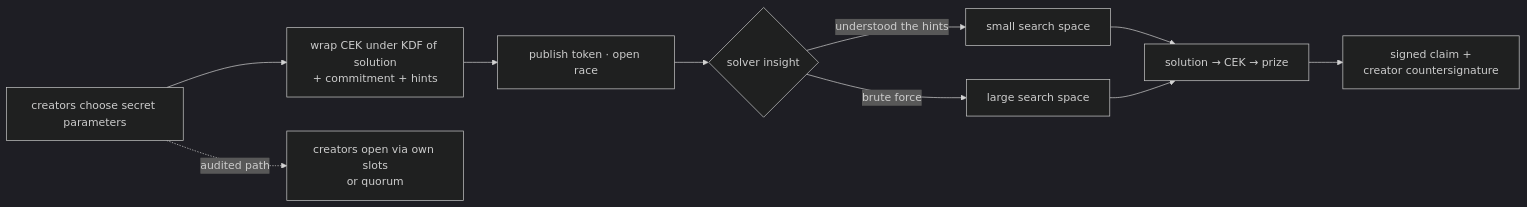
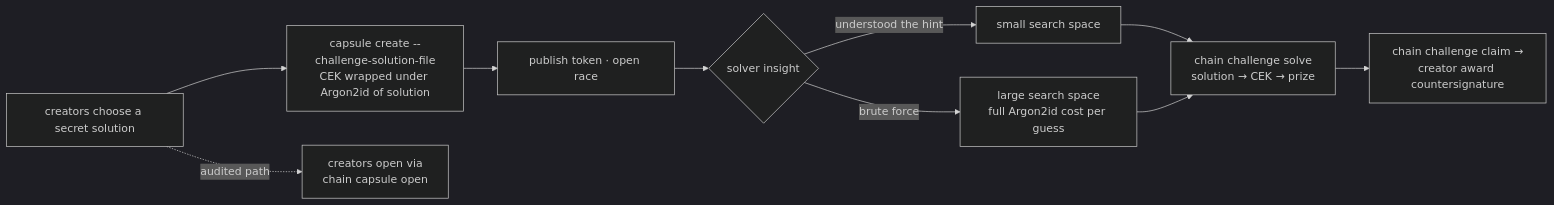
One commit to pedro5g/Rebyte changed the ninth of 10 diagrams in docs/flows.md. Above: the diagram before and after it, drawn with Mermaid (dark theme). The commit also changed other lines of this file and 4 other files, not shown here.

Commit message:
docs(chain): document status, hardening, explain and challenge

````diff
--- a/docs/flows.md
+++ b/docs/flows.md
@@ -173,12 +169,12 @@
 ```mermaid
 flowchart LR
-    CR[creators choose secret parameters] --> EN[wrap CEK under KDF of solution<br/>+ commitment + hints]
+    CR[creators choose a secret solution] --> EN[capsule create --challenge-solution-file<br/>CEK wrapped under Argon2id of solution]
     EN --> PUB[publish token · open race]
     PUB --> SV{solver insight}
-    SV -->|understood the hints| SMALL[small search space]
-    SV -->|brute force| LARGE[large search space]
-    SMALL --> OPEN[solution → CEK → prize]
+    SV -->|understood the hint| SMALL[small search space]
+    SV -->|brute force| LARGE[large search space<br/>full Argon2id cost per guess]
+    SMALL --> OPEN[chain challenge solve<br/>solution → CEK → prize]
     LARGE --> OPEN
-    CR -.->|audited path| AUD[creators open via own slots<br/>or quorum]
-    OPEN --> CL[signed claim +<br/>creator countersignature]
+    CR -.->|audited path| AUD[creators open via<br/>chain capsule open]
+    OPEN --> CL[chain challenge claim →<br/>creator award countersignature]
 ```
````
